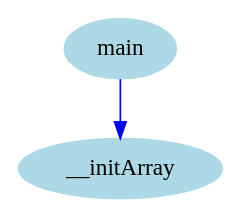
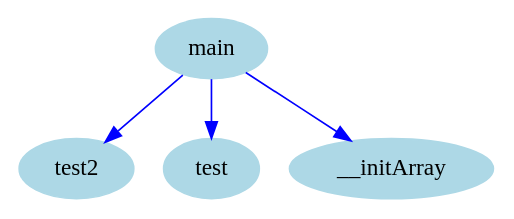
One commit to zavar152-cv/myLang-oop-compiler changed the diagram in outputs/cfg/cg.dot. Above: the diagram before and after it, drawn with Graphviz. The commit also changed 5 other files, not shown here.

```diff
--- a/outputs/cfg/cg.dot
+++ b/outputs/cfg/cg.dot
@@ -1,8 +1,12 @@
 digraph CallGraph {
     node [shape=ellipse, style=filled, color=lightblue];
 
+    "test2";
+    "test";
     "__initArray";
     "main";
 
+    "main" -> "test2" [color=blue];
+    "main" -> "test" [color=blue];
     "main" -> "__initArray" [color=blue];
 }
```
